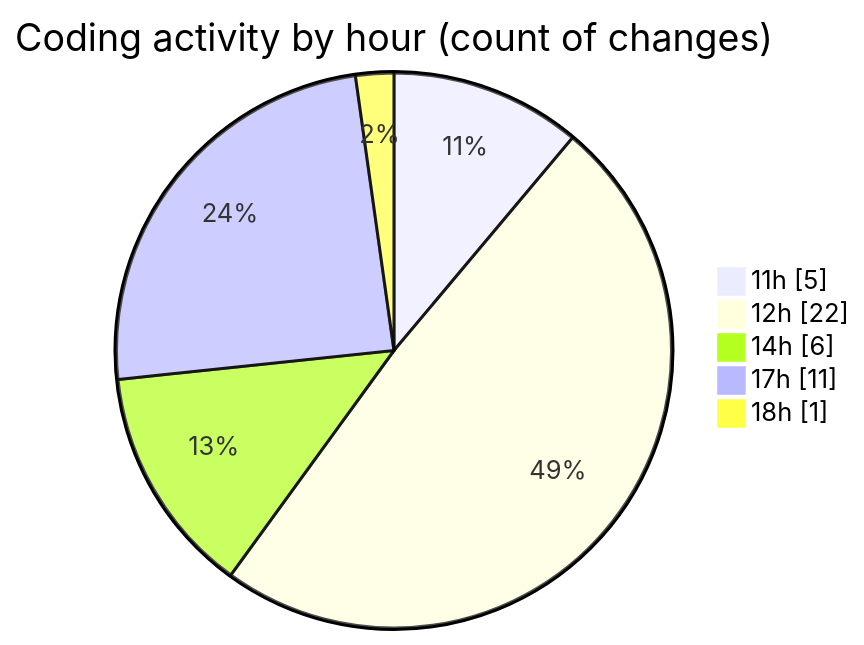
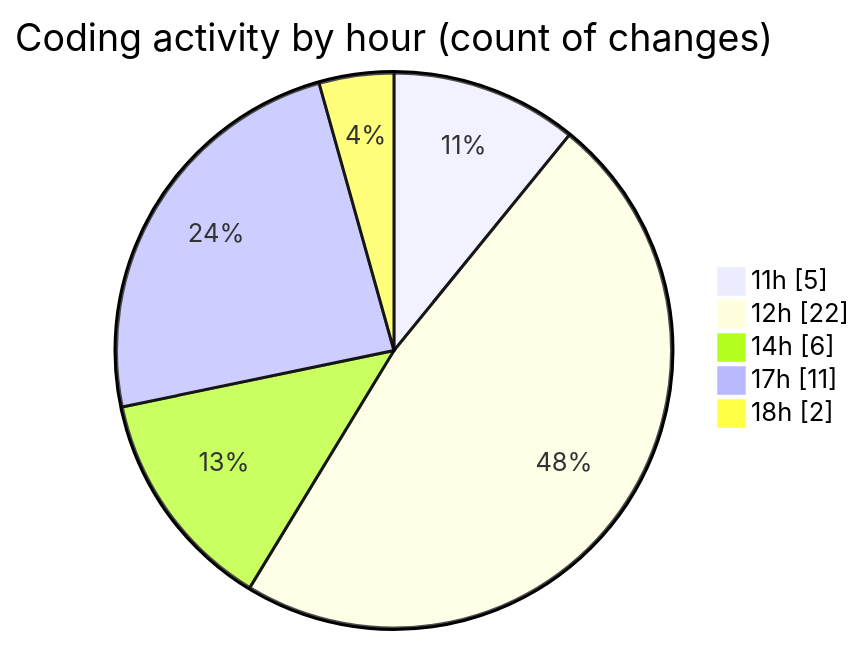
The second of 2 diagrams in 2026-01-19/nxtqube_webapp/README.md (nxtqubesakshisongat/code-tracking), drawn with Mermaid before and after one commit. The commit also changed other lines of this file and 1 other file, not shown here.

````diff
--- a/2026-01-19/nxtqube_webapp/README.md
+++ b/2026-01-19/nxtqube_webapp/README.md
@@ -36,9 +37,9 @@
 ```mermaid
 pie showData
 title Coding activity by hour (count of changes)
 "11h" : 5
 "12h" : 22
 "14h" : 6
 "17h" : 11
-"18h" : 1
+"18h" : 2
 ```
````
